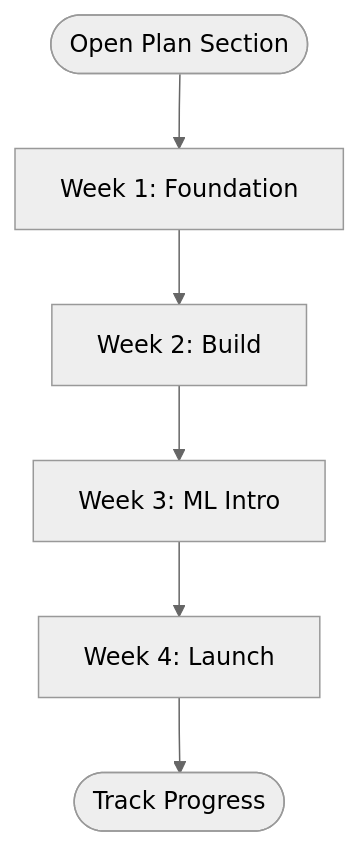
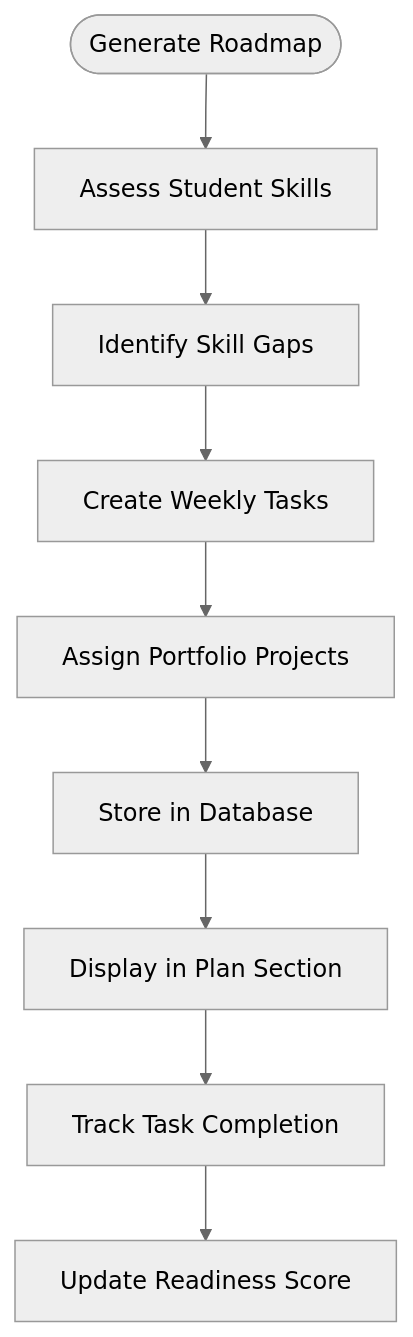
Before and after one commit to Alishba-Moin/CareerCompass: the sixth of 6 diagrams in .qoder/repowiki/en/content/Customization Guide.md, drawn with Mermaid (neutral theme). The commit also changed other lines of this file and 38 other files, not shown here.

Commit message:
Add Roadmap pdf download option

````diff
--- a/.qoder/repowiki/en/content/Customization Guide.md
+++ b/.qoder/repowiki/en/content/Customization Guide.md
@@ -221,8 +269,11 @@
 ```mermaid
 flowchart TD
-Start(["Open Plan Section"]) --> Week1["Week 1: Foundation"]
-Week1 --> Week2["Week 2: Build"]
-Week2 --> Week3["Week 3: ML Intro"]
-Week3 --> Week4["Week 4: Launch"]
-Week4 --> End(["Track Progress"])
+Start(["Generate Roadmap"]) --> AssessSkills["Assess Student Skills"]
+AssessSkills --> IdentifyGaps["Identify Skill Gaps"]
+IdentifyGaps --> CreateTasks["Create Weekly Tasks"]
+CreateTasks --> AssignProjects["Assign Portfolio Projects"]
+AssignProjects --> StoreInDB["Store in Database"]
+StoreInDB --> DisplayUI["Display in Plan Section"]
+DisplayUI --> TrackProgress["Track Task Completion"]
+TrackProgress --> UpdateScore["Update Readiness Score"]
 ```
````
